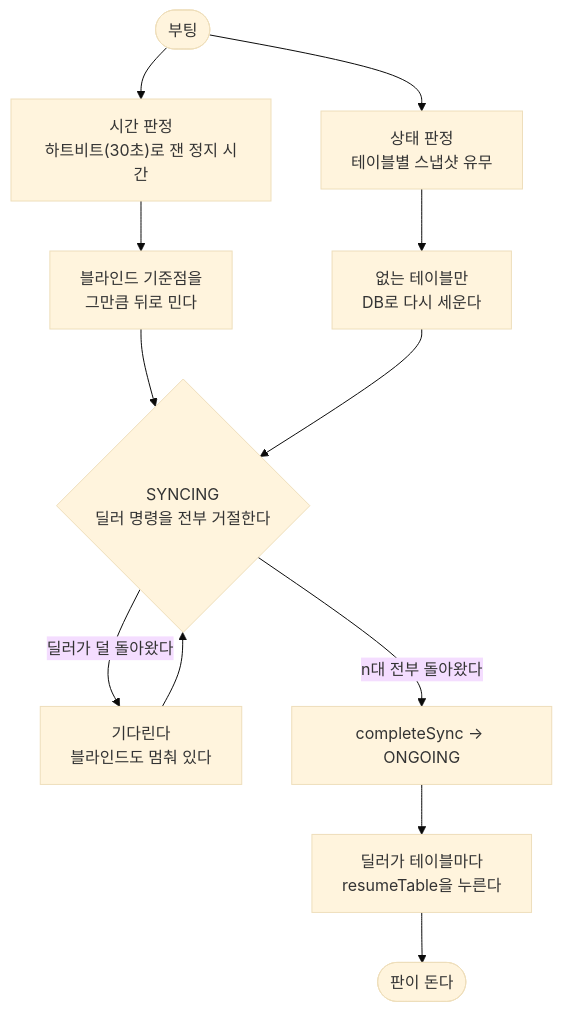
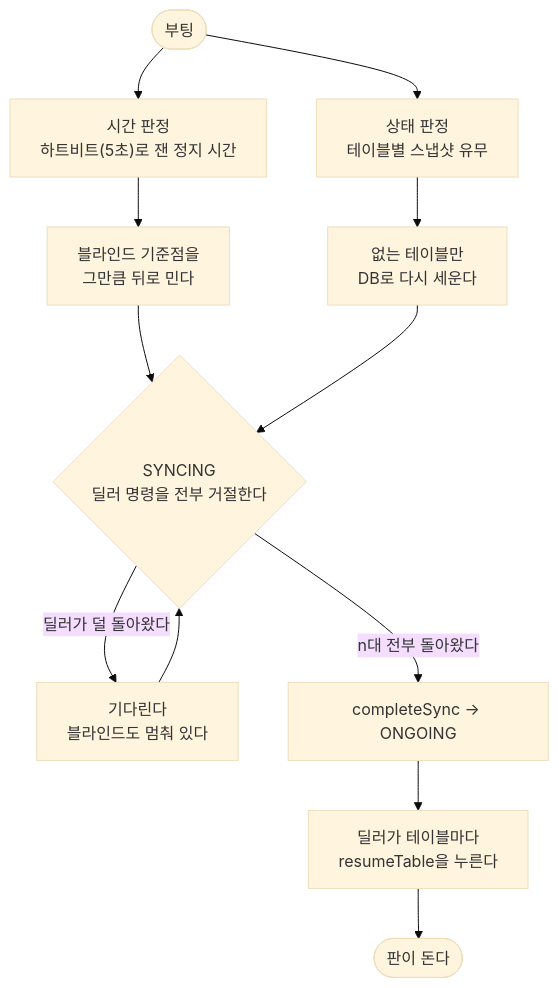
One commit to GUNW-O-O/playsync-V2 changed the second of 4 diagrams in README.md. Above: the diagram before and after it, drawn with Mermaid (base theme). The commit also changed other lines of this file and 2 other files, not shown here.

````diff
--- a/README.md
+++ b/README.md
@@ -194,14 +194,14 @@
 ```mermaid
 flowchart TD
-    boot([부팅]) --> time["시간 판정<br/>하트비트(30초)로 잰 정지 시간"]
+    boot([부팅]) --> time["시간 판정<br/>하트비트(5초)로 잰 정지 시간"]
     boot --> state["상태 판정<br/>테이블별 스냅샷 유무"]
     time --> push["블라인드 기준점을<br/>그만큼 뒤로 민다"]
     state --> rebuild["없는 테이블만<br/>DB로 다시 세운다"]
     push --> sync
     rebuild --> sync{"SYNCING<br/>딜러 명령을 전부 거절한다"}
     sync -->|"딜러가 덜 돌아왔다"| wait["기다린다<br/>블라인드도 멈춰 있다"]
     wait --> sync
     sync -->|"n대 전부 돌아왔다"| done["completeSync → ONGOING"]
     done --> resume["딜러가 테이블마다<br/>resumeTable을 누른다"]
     resume --> live([판이 돈다])
 ```
````
